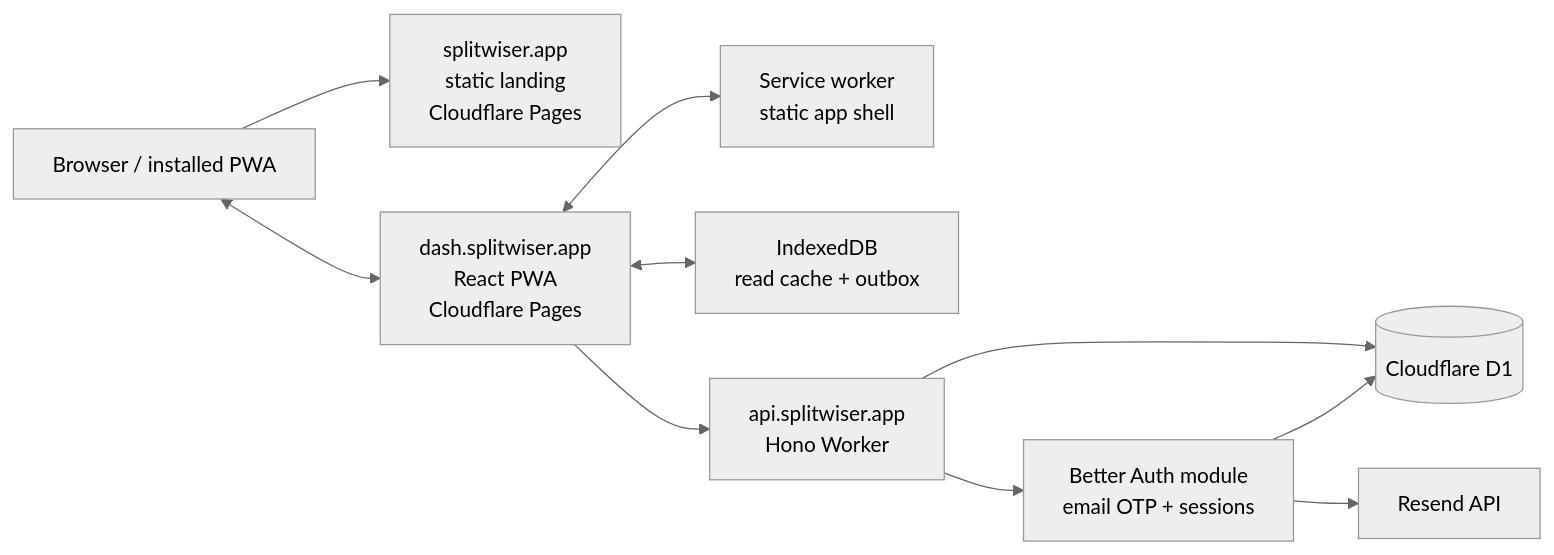
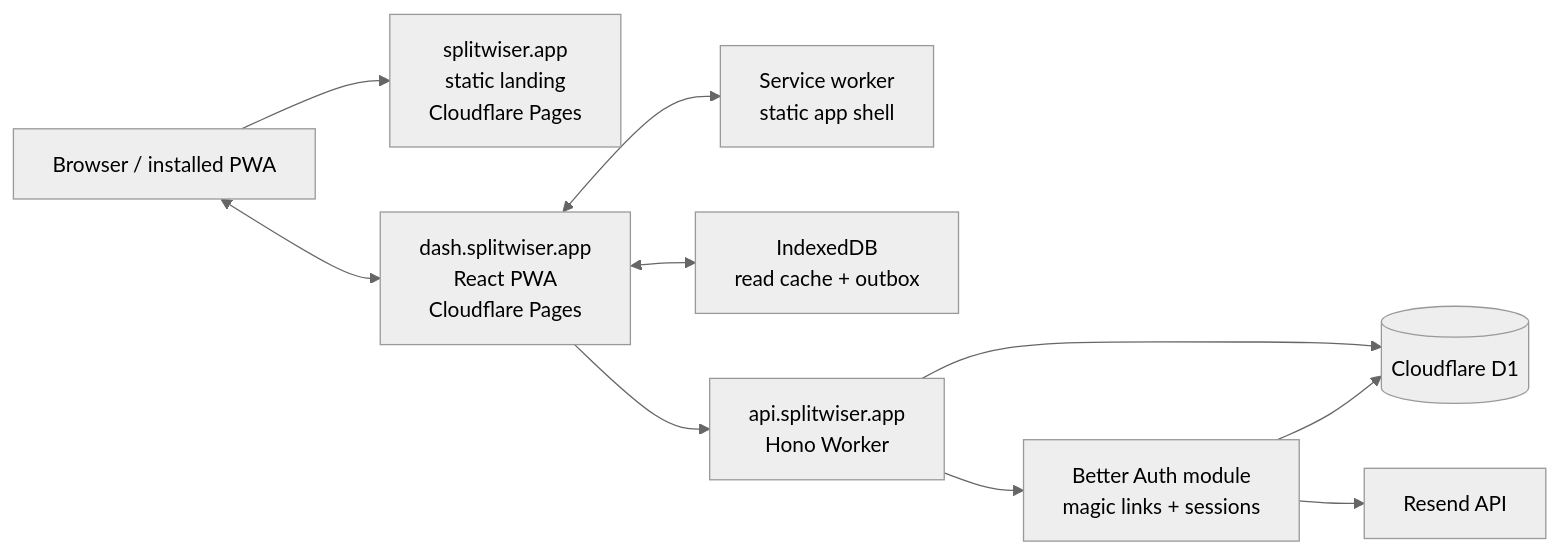
One commit to felixlheureux/splitwiser changed the diagram in SPEC.md. Above: the diagram before and after it, drawn with Mermaid (neutral theme). The commit also changed other lines of this file and 75 other files, not shown here.

````diff
--- a/SPEC.md
+++ b/SPEC.md
@@ -650,22 +648,22 @@
 ```mermaid
 flowchart LR
   User["Browser / installed PWA"]
   Landing["splitwiser.app<br/>static landing<br/>Cloudflare Pages"]
   App["dash.splitwiser.app<br/>React PWA<br/>Cloudflare Pages"]
   SW["Service worker<br/>static app shell"]
   IDB["IndexedDB<br/>read cache + outbox"]
   API["api.splitwiser.app<br/>Hono Worker"]
-  Auth["Better Auth module<br/>email OTP + sessions"]
+  Auth["Better Auth module<br/>magic links + sessions"]
   D1[("Cloudflare D1")]
   Mail["Resend API"]
 
   User --> Landing
   User <--> App
   App <--> SW
   App <--> IDB
   App --> API
   API --> Auth
   API --> D1
   Auth --> D1
   Auth --> Mail
 ```
````
